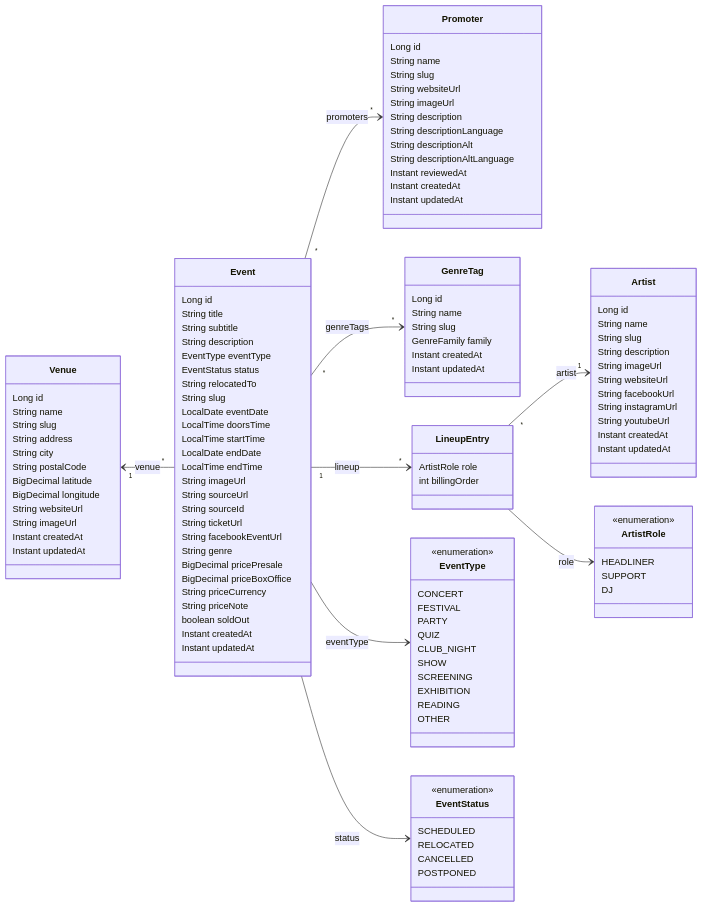
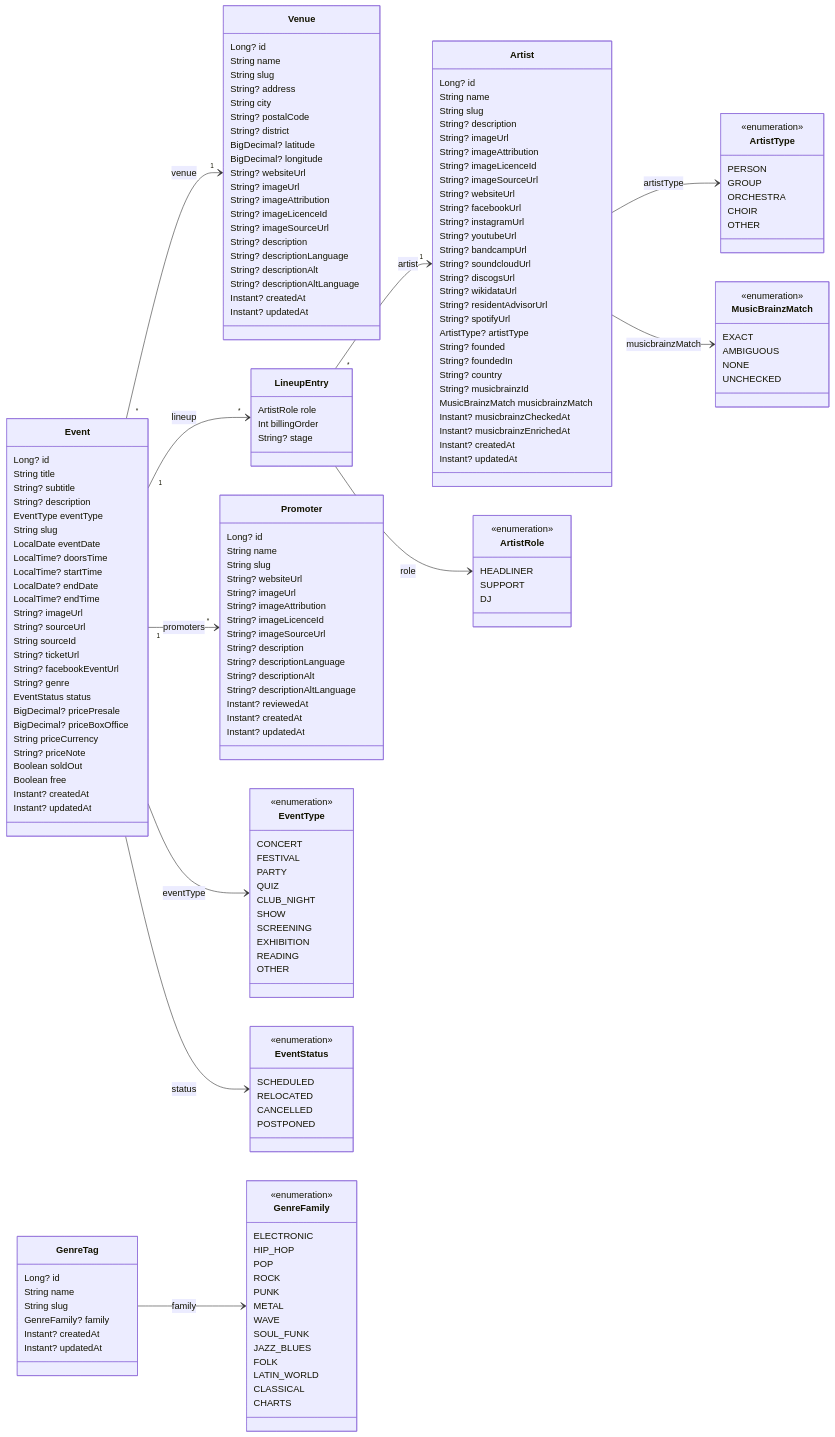
One commit to enorm-labs/event-junkie changed the diagram in docs/DATA_MODEL.md. Above: the diagram before and after it, drawn with Mermaid. The commit also changed other lines of this file and 3 other files, not shown here.

````diff
--- a/docs/DATA_MODEL.md
+++ b/docs/DATA_MODEL.md
@@ -22,90 +27,119 @@
     direction LR
 
     class Venue {
-        Long id
+        Long? id
         String name
         String slug
-        String address
+        String? address
         String city
-        String postalCode
-        BigDecimal latitude
-        BigDecimal longitude
-        String websiteUrl
-        String imageUrl
-        Instant createdAt
-        Instant updatedAt
+        String? postalCode
+        String? district
+        BigDecimal? latitude
+        BigDecimal? longitude
+        String? websiteUrl
+        String? imageUrl
+        String? imageAttribution
+        String? imageLicenceId
+        String? imageSourceUrl
+        String? description
+        String? descriptionLanguage
+        String? descriptionAlt
+        String? descriptionAltLanguage
+        Instant? createdAt
+        Instant? updatedAt
     }
 
     class Event {
-        Long id
+        Long? id
         String title
-        String subtitle
-        String description
+        String? subtitle
+        String? description
         EventType eventType
-        EventStatus status
-        String relocatedTo
         String slug
         LocalDate eventDate
-        LocalTime doorsTime
-        LocalTime startTime
-        LocalDate endDate
-        LocalTime endTime
-        String imageUrl
-        String sourceUrl
+        LocalTime? doorsTime
+        LocalTime? startTime
+        LocalDate? endDate
+        LocalTime? endTime
+        String? imageUrl
+        String? sourceUrl
         String sourceId
-        String ticketUrl
-        String facebookEventUrl
-        String genre
-        BigDecimal pricePresale
-        BigDecimal priceBoxOffice
+        String? ticketUrl
+        String? facebookEventUrl
+        String? genre
+        EventStatus status
+        BigDecimal? pricePresale
+        BigDecimal? priceBoxOffice
         String priceCurrency
-        String priceNote
-        boolean soldOut
-        Instant createdAt
-        Instant updatedAt
-    }
-
-    class Artist {
-        Long id
-        String name
-        String slug
-        String description
-        String imageUrl
-        String websiteUrl
-        String facebookUrl
-        String instagramUrl
-        String youtubeUrl
-        Instant createdAt
-        Instant updatedAt
-    }
-
-    class Promoter {
-        Long id
-        String name
-        String slug
-        String websiteUrl
-        String imageUrl
-        String description
-        String descriptionLanguage
-        String descriptionAlt
-        String descriptionAltLanguage
-        Instant reviewedAt
-        Instant createdAt
-        Instant updatedAt
-    }
-
-    class GenreTag {
-        Long id
-        String name
-        String slug
-        GenreFamily family
-        Instant createdAt
-        Instant updatedAt
+        String? priceNote
+        Boolean soldOut
+        Boolean free
+        Instant? createdAt
+        Instant? updatedAt
     }
 
     class LineupEntry {
         ArtistRole role
-        int billingOrder
+        Int billingOrder
+        String? stage
+    }
+
+    class Artist {
+        Long? id
+        String name
+        String slug
+        String? description
+        String? imageUrl
+        String? imageAttribution
+        String? imageLicenceId
+        String? imageSourceUrl
+        String? websiteUrl
+        String? facebookUrl
+        String? instagramUrl
+        String? youtubeUrl
+        String? bandcampUrl
+        String? soundcloudUrl
+        String? discogsUrl
+        String? wikidataUrl
+        String? residentAdvisorUrl
+        String? spotifyUrl
+        ArtistType? artistType
+        String? founded
+        String? foundedIn
+        String? country
+        String? musicbrainzId
+        MusicBrainzMatch musicbrainzMatch
+        Instant? musicbrainzCheckedAt
+        Instant? musicbrainzEnrichedAt
+        Instant? createdAt
+        Instant? updatedAt
+    }
+
+    class Promoter {
+        Long? id
+        String name
+        String slug
+        String? websiteUrl
+        String? imageUrl
+        String? imageAttribution
+        String? imageLicenceId
+        String? imageSourceUrl
+        String? description
+        String? descriptionLanguage
+        String? descriptionAlt
+        String? descriptionAltLanguage
+        Instant? reviewedAt
+        Instant? createdAt
+        Instant? updatedAt
+    }
+
+    class GenreTag {
+        Long? id
+        String name
+        String slug
+        GenreFamily? family
+        Instant? createdAt
+        Instant? updatedAt
     }
 
     class EventType {
@@ -137,12 +171,48 @@
         DJ
     }
 
-    Venue "1" <-- "*" Event: venue
+    class ArtistType {
+        <<enumeration>>
+        PERSON
+        GROUP
+        ORCHESTRA
+        CHOIR
+        OTHER
+    }
+
+    class MusicBrainzMatch {
+        <<enumeration>>
+        EXACT
+        AMBIGUOUS
+        NONE
+        UNCHECKED
+    }
+
+    class GenreFamily {
+        <<enumeration>>
+        ELECTRONIC
+        HIP_HOP
+        POP
+        ROCK
+        PUNK
+        METAL
+        WAVE
+        SOUL_FUNK
+        JAZZ_BLUES
+        FOLK
+        LATIN_WORLD
+        CLASSICAL
+        CHARTS
+    }
+
+    Event "*" --> "1" Venue: venue
     Event "1" --> "*" LineupEntry: lineup
-    LineupEntry "*" --> "1" Artist: artist
-    Event "*" --> "*" Promoter: promoters
-    Event "*" --> "*" GenreTag: genreTags
+    Event "1" --> "*" Promoter: promoters
     Event --> EventType: eventType
     Event --> EventStatus: status
+    LineupEntry "*" --> "1" Artist: artist
     LineupEntry --> ArtistRole: role
+    Artist --> ArtistType: artistType
+    Artist --> MusicBrainzMatch: musicbrainzMatch
+    GenreTag --> GenreFamily: family
 ```
````
